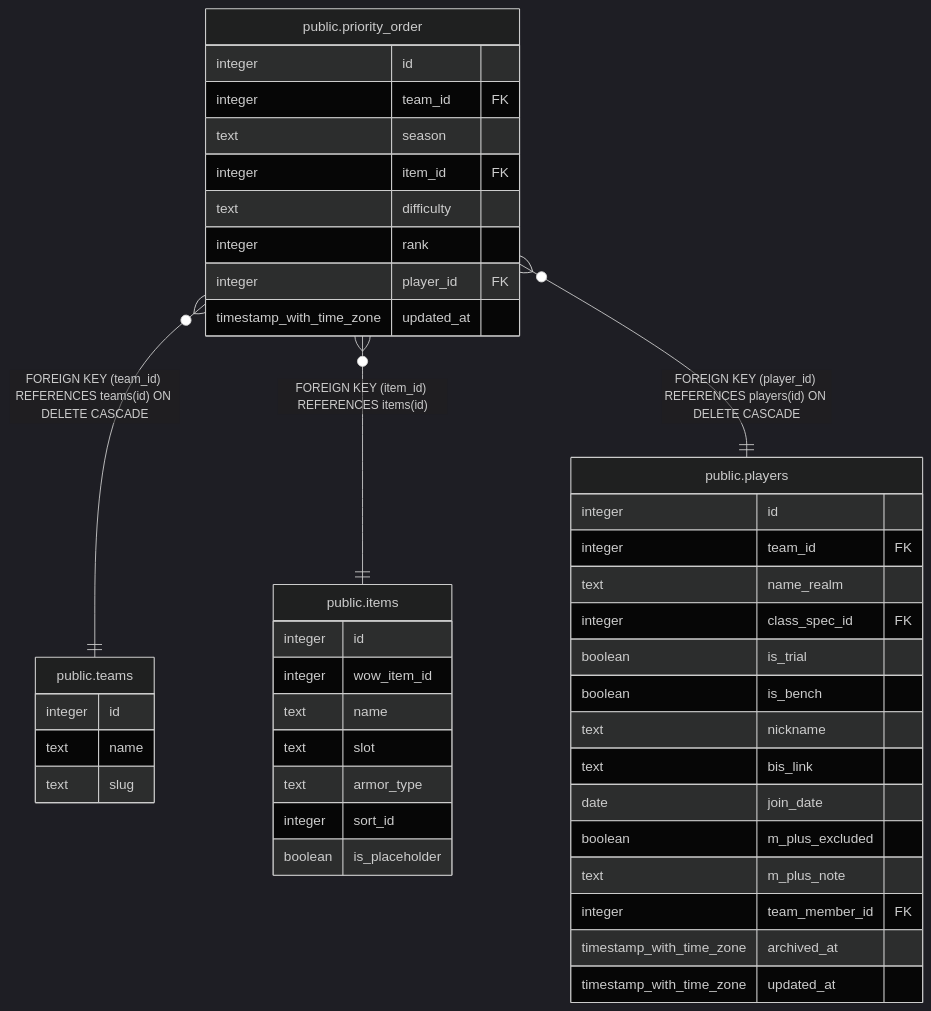
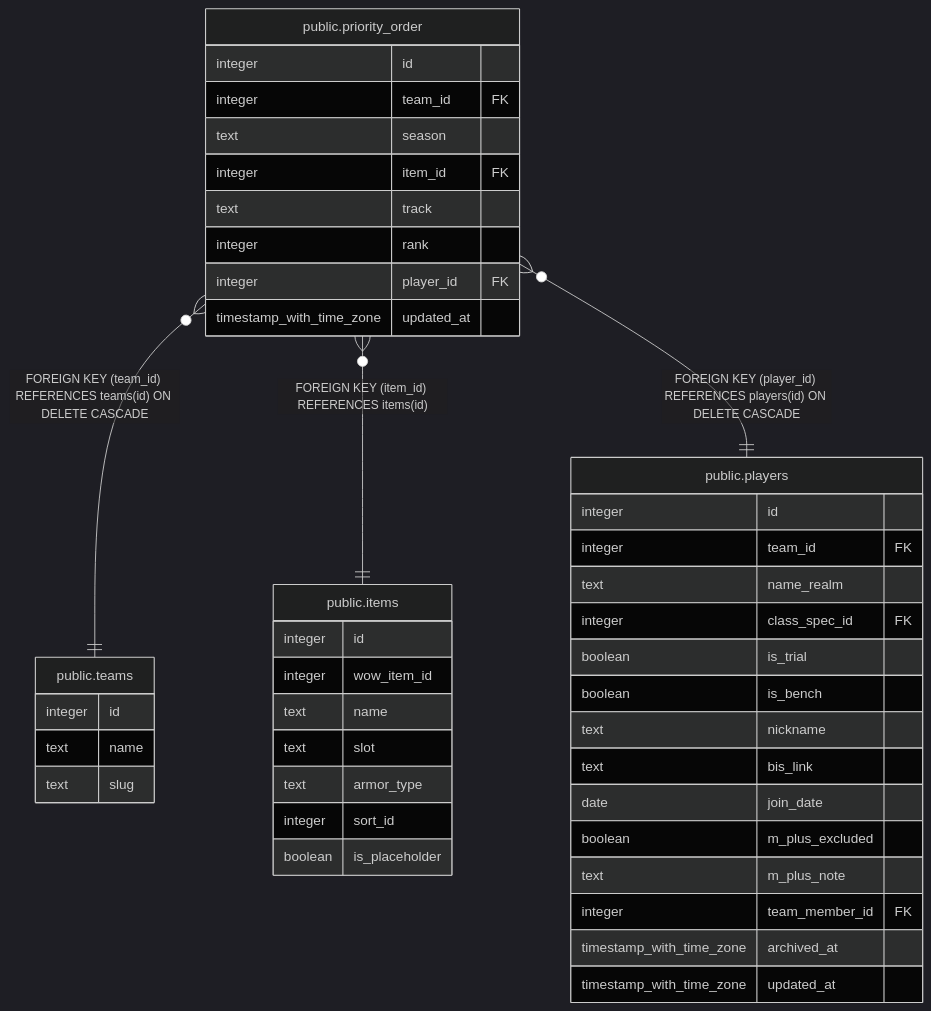
Before and after one commit to katogaming88/WGA-Raid-Hub: the diagram in dbdoc/public.priority_order.md, drawn with Mermaid (dark theme). The commit also changed other lines of this file and 21 other files, not shown here.

First line of the commit message:
feat: difficulty columns become track with Champion/Hero/Myth values (v3.15.0) (#344)

````diff
--- a/dbdoc/public.priority_order.md
+++ b/dbdoc/public.priority_order.md
@@ -45,48 +45,48 @@
 ```mermaid
 erDiagram
 
 "public.priority_order" }o--|| "public.teams" : "FOREIGN KEY (team_id) REFERENCES teams(id) ON DELETE CASCADE"
 "public.priority_order" }o--|| "public.items" : "FOREIGN KEY (item_id) REFERENCES items(id)"
 "public.priority_order" }o--|| "public.players" : "FOREIGN KEY (player_id) REFERENCES players(id) ON DELETE CASCADE"
 
 "public.priority_order" {
   integer id
   integer team_id FK
   text season
   integer item_id FK
-  text difficulty
+  text track
   integer rank
   integer player_id FK
   timestamp_with_time_zone updated_at
 }
 "public.teams" {
   integer id
   text name
   text slug
 }
 "public.items" {
   integer id
   integer wow_item_id
   text name
   text slot
   text armor_type
   integer sort_id
   boolean is_placeholder
 }
 "public.players" {
   integer id
   integer team_id FK
   text name_realm
   integer class_spec_id FK
   boolean is_trial
   boolean is_bench
   text nickname
   text bis_link
   date join_date
   boolean m_plus_excluded
   text m_plus_note
   integer team_member_id FK
   timestamp_with_time_zone archived_at
   timestamp_with_time_zone updated_at
 }
 ```
````
